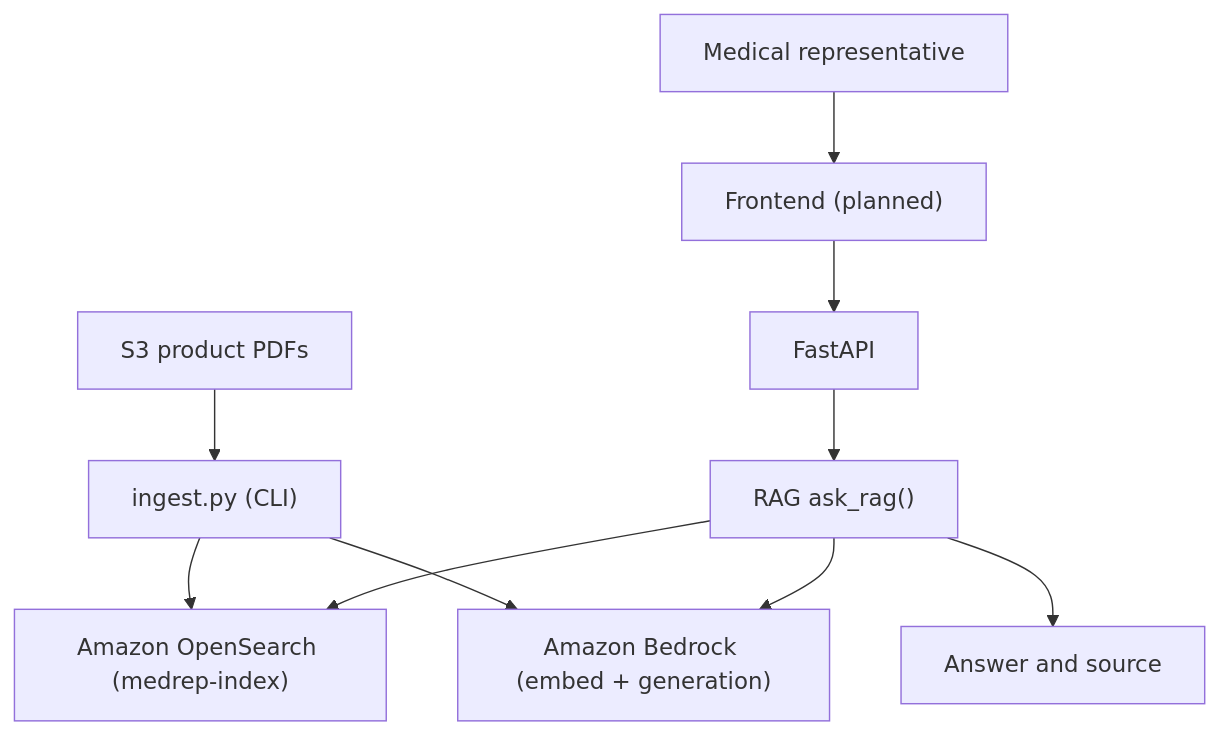
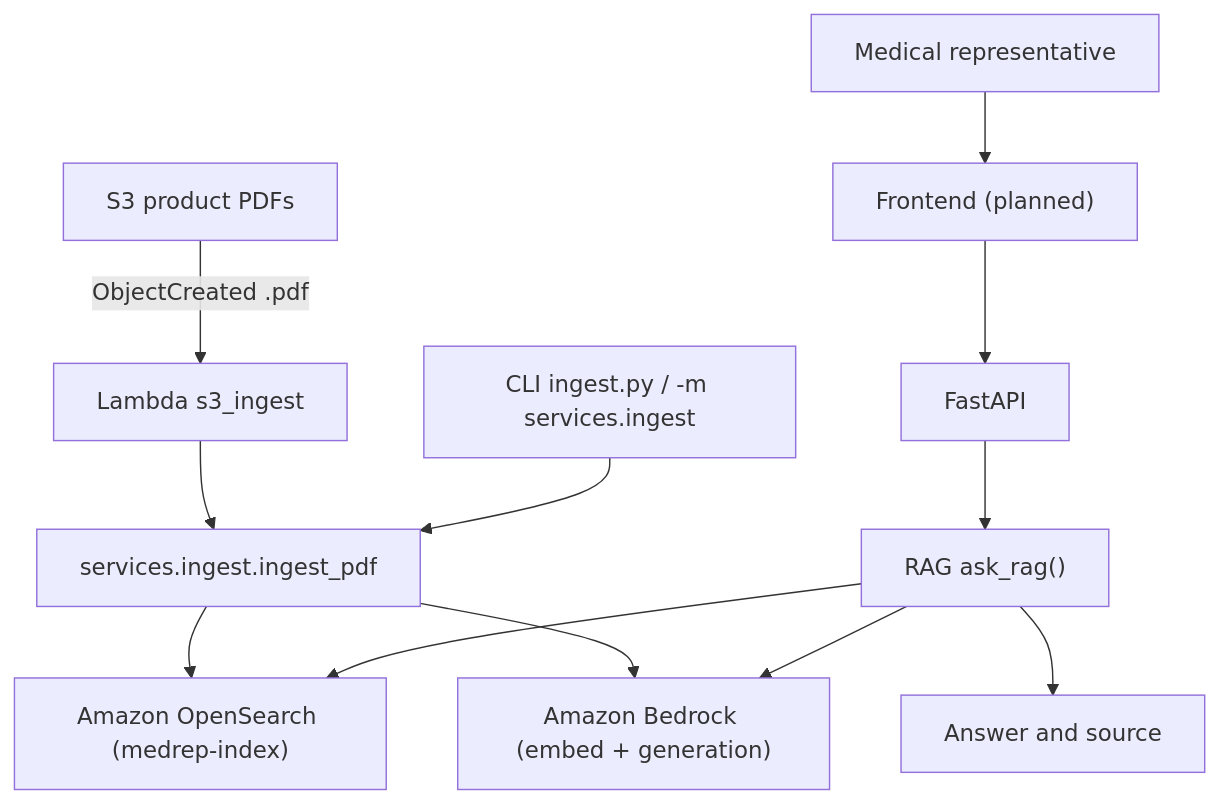
The diagram in docs/technical/architecture.md (kaushanj/medrep-ai), drawn with Mermaid before and after one commit. The commit also changed other lines of this file and 24 other files, not shown here.

````diff
--- a/docs/technical/architecture.md
+++ b/docs/technical/architecture.md
@@ -11,22 +17,26 @@
 ```mermaid
 flowchart TD
     s3["S3 product PDFs"]
-    ingest["ingest.py (CLI)"]
+    lambda["Lambda s3_ingest"]
+    ingest["services.ingest.ingest_pdf"]
+    cli["CLI ingest.py / -m services.ingest"]
     rep[Medical representative]
     frontend["Frontend (planned)"]
     api[FastAPI]
     rag["RAG ask_rag()"]
     opensearch["Amazon OpenSearch (medrep-index)"]
     bedrock["Amazon Bedrock (embed + generation)"]
     result[Answer and source]
 
-    s3 --> ingest
+    s3 -->|"ObjectCreated .pdf"| lambda
+    lambda --> ingest
+    cli --> ingest
     ingest --> opensearch
     ingest --> bedrock
     rep --> frontend
     frontend --> api
     api --> rag
     rag --> opensearch
     rag --> bedrock
     rag --> result
 ```
````
